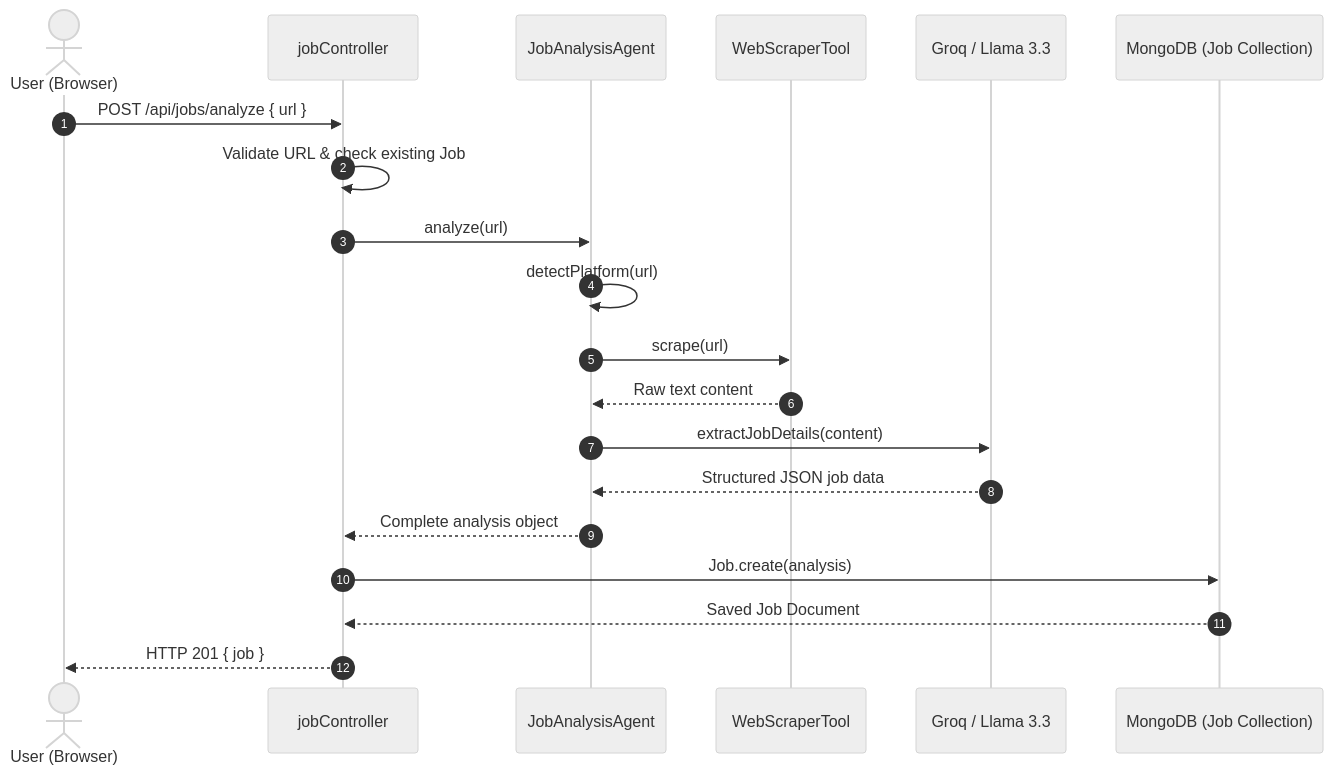
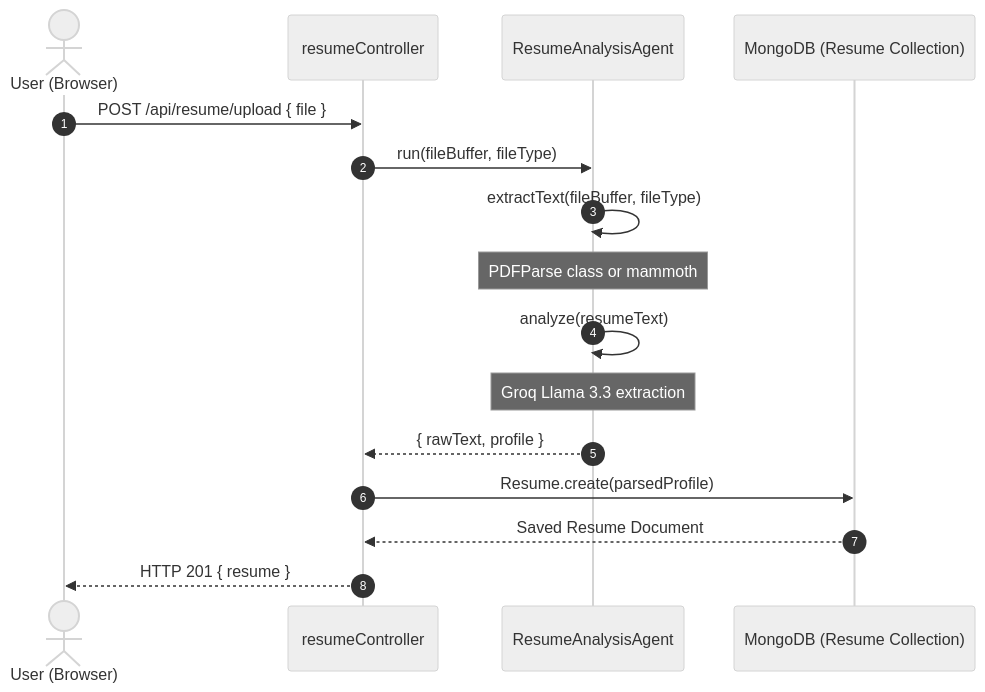
One commit to tamal006/cold-email-ai-agent changed the second of 6 diagrams in docs/WORKFLOW.md. Above: the diagram before and after it, drawn with Mermaid (neutral theme). The commit also changed other lines of this file and 107 other files, not shown here.

````diff
--- a/docs/WORKFLOW.md
+++ b/docs/WORKFLOW.md
@@ -43,23 +45,19 @@
 ```mermaid
 sequenceDiagram
     autonumber
     actor User as User (Browser)
-    participant C as jobController
-    participant A as JobAnalysisAgent
-    participant T as WebScraperTool
-    participant LLM as Groq / Llama 3.3
-    participant DB as MongoDB (Job Collection)
+    participant C as resumeController
+    participant A as ResumeAnalysisAgent
+    participant DB as MongoDB (Resume Collection)
 
-    User->>C: POST /api/jobs/analyze { url }
-    C->>C: Validate URL & check existing Job
-    C->>A: analyze(url)
-    A->>A: detectPlatform(url)
-    A->>T: scrape(url)
-    T-->>A: Raw text content
-    A->>LLM: extractJobDetails(content)
-    LLM-->>A: Structured JSON job data
-    A-->>C: Complete analysis object
-    C->>DB: Job.create(analysis)
-    DB-->>C: Saved Job Document
-    C-->>User: HTTP 201 { job }
+    User->>C: POST /api/resume/upload { file }
+    C->>A: run(fileBuffer, fileType)
+    A->>A: extractText(fileBuffer, fileType)
+    Note over A: PDFParse class or mammoth
+    A->>A: analyze(resumeText)
+    Note over A: Groq Llama 3.3 extraction
+    A-->>C: { rawText, profile }
+    C->>DB: Resume.create(parsedProfile)
+    DB-->>C: Saved Resume Document
+    C-->>User: HTTP 201 { resume }
 ```
````
